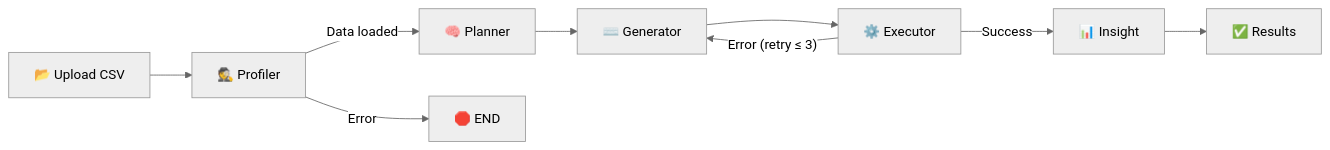
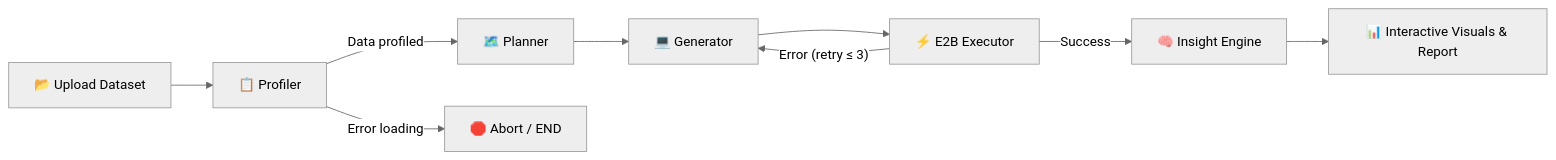
The diagram in README.md (prvn-kumar01/Agentic-Data-Analyst), drawn with Mermaid (neutral theme) before and after one commit. The commit also changed other lines of this file, not shown here.

````diff
--- a/README.md
+++ b/README.md
@@ -114,11 +110,11 @@
 ```mermaid
 graph LR
-    A["📂 Upload CSV"] --> B["🕵️ Profiler"]
-    B -->|"Data loaded"| C["🧠 Planner"]
-    B -->|"Error"| Z["🛑 END"]
-    C --> D["⌨️ Generator"]
-    D --> E["⚙️ Executor"]
-    E -->|"Success"| F["📊 Insight"]
+    A["📂 Upload Dataset"] --> B["📋 Profiler"]
+    B -->|"Data profiled"| C["🗺️ Planner"]
+    B -->|"Error loading"| Z["🛑 Abort / END"]
+    C --> D["💻 Generator"]
+    D --> E["⚡ E2B Executor"]
+    E -->|"Success"| F["🧠 Insight Engine"]
     E -->|"Error (retry ≤ 3)"| D
-    F --> G["✅ Results"]
+    F --> G["📊 Interactive Visuals & Report"]
 ```
````
